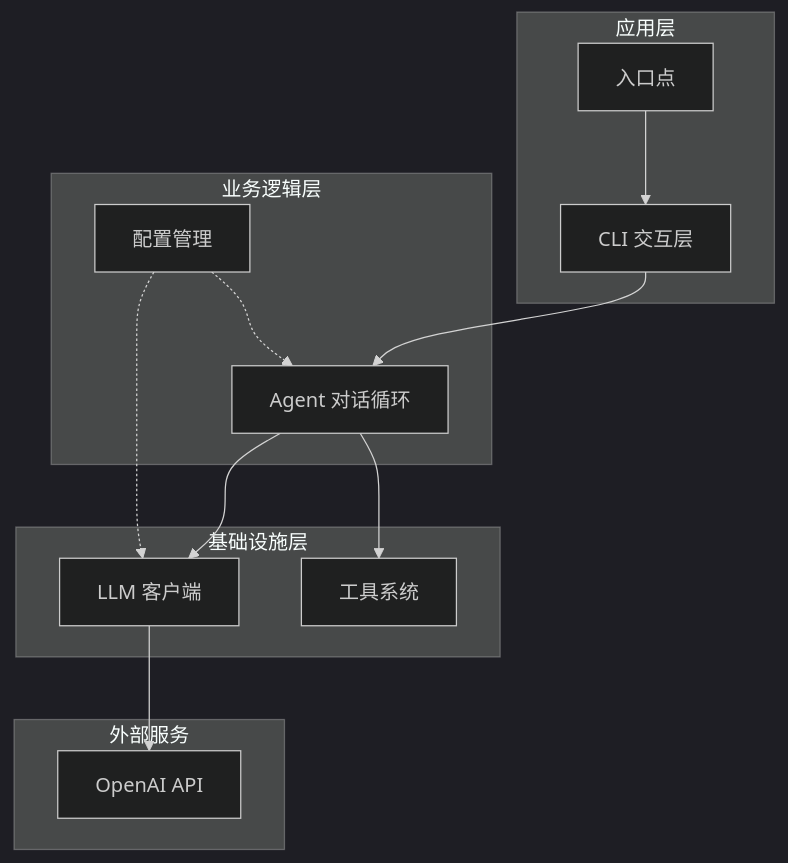
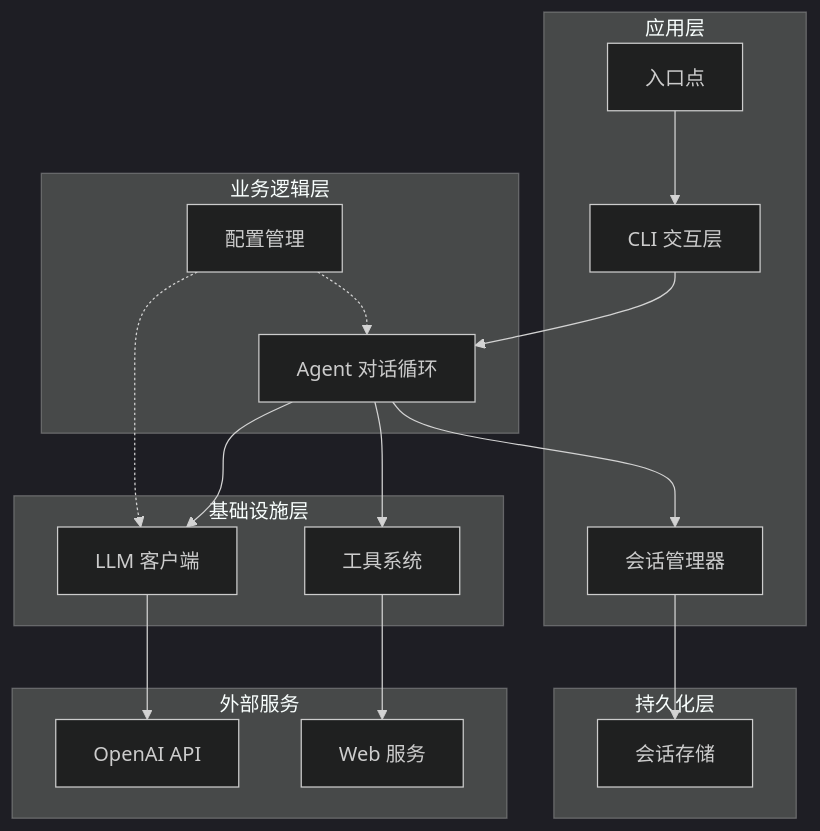
Before and after one commit to 250shiwo/MySmallAgent: the first of 9 diagrams in .qoder/repowiki/zh/content/项目概述.md, drawn with Mermaid (dark theme). The commit also changed other lines of this file and 41 other files, not shown here.

````diff
--- a/.qoder/repowiki/zh/content/项目概述.md
+++ b/.qoder/repowiki/zh/content/项目概述.md
@@ -75,25 +87,33 @@
 ```mermaid
 graph TB
 subgraph "应用层"
 CLI[CLI 交互层]
 MAIN[入口点]
+SESSION[会话管理器]
 end
 subgraph "业务逻辑层"
 AGENT[Agent 对话循环]
 CONFIG[配置管理]
 end
 subgraph "基础设施层"
 LLM[LLM 客户端]
 TOOLS[工具系统]
 end
 subgraph "外部服务"
 OPENAI[OpenAI API]
+WEBSERVICES[Web 服务]
+end
+subgraph "持久化层"
+SESSIONSTORE[会话存储]
 end
 MAIN --> CLI
 CLI --> AGENT
 AGENT --> LLM
 AGENT --> TOOLS
+AGENT --> SESSION
 LLM --> OPENAI
+TOOLS --> WEBSERVICES
+SESSION --> SESSIONSTORE
 CONFIG -.-> AGENT
 CONFIG -.-> LLM
 ```
````
